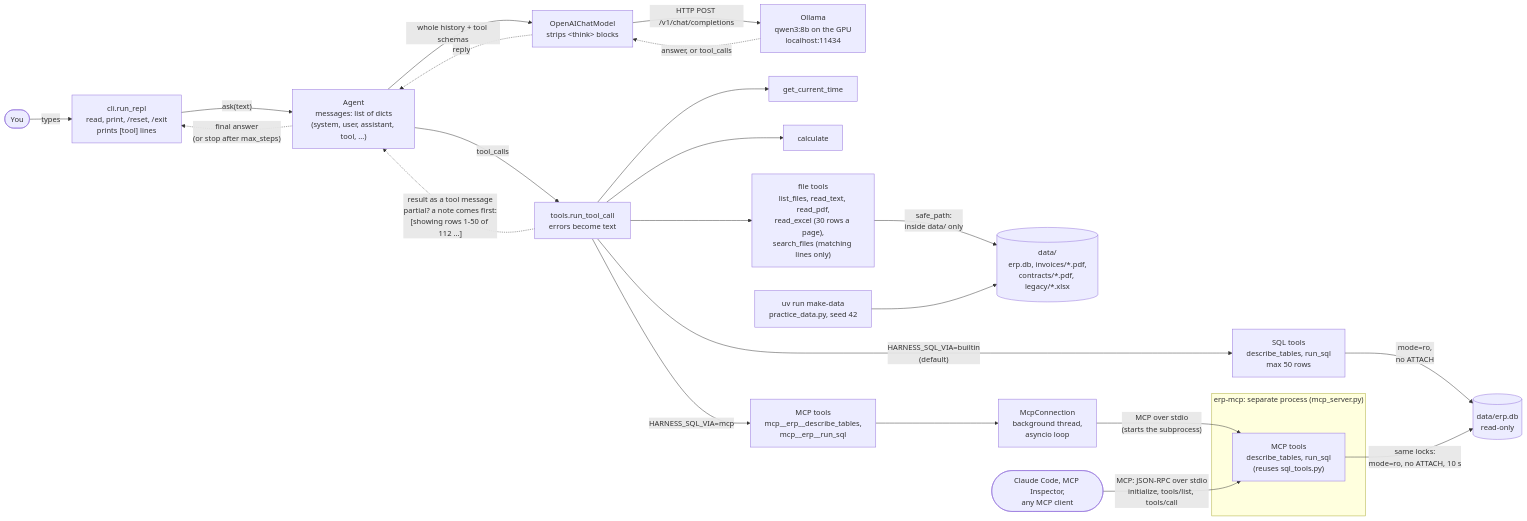
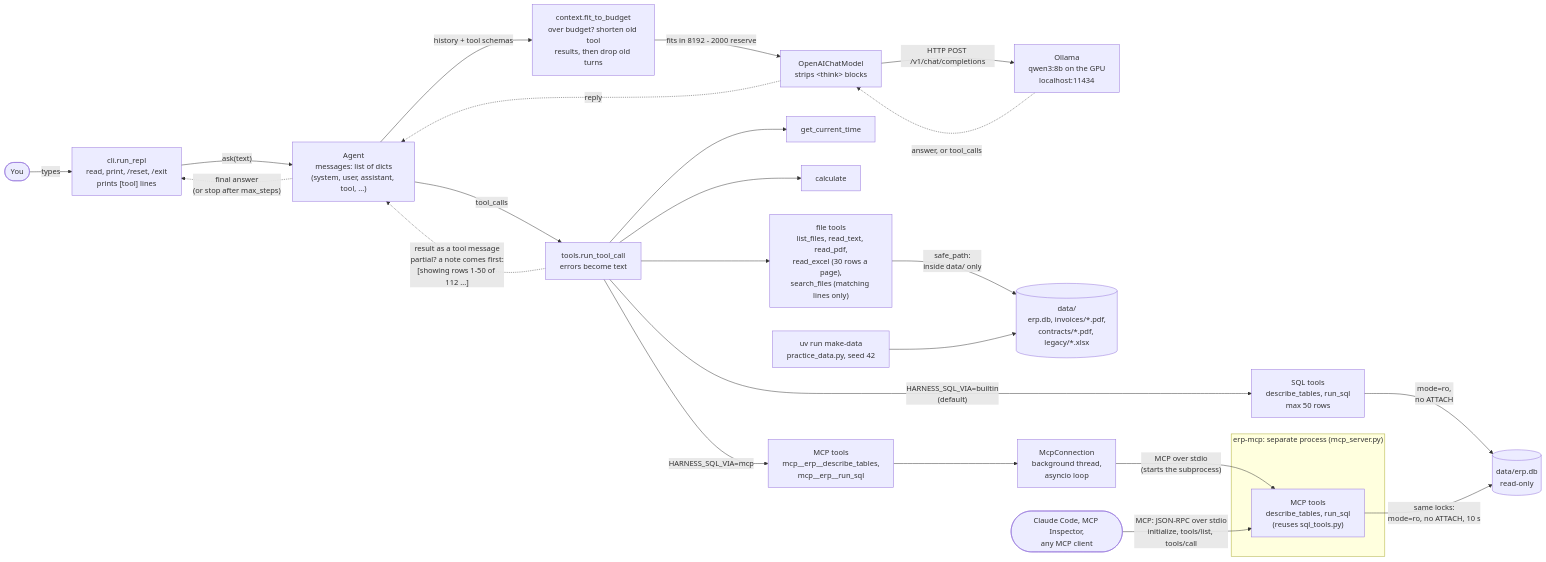
One commit to abilalakin/agent-harness-from-scratch changed the diagram in docs/architecture.md. Above: the diagram before and after it, drawn with Mermaid. The commit also changed other lines of this file and 9 other files, not shown here.

````diff
--- a/docs/architecture.md
+++ b/docs/architecture.md
@@ -5,29 +5,30 @@
 ```mermaid
 flowchart LR
     User([You]) -- types --> CLI["cli.run_repl<br/>read, print, /reset, /exit<br/>prints [tool] lines"]
     CLI -- "ask(text)" --> Agent["Agent<br/>messages: list of dicts<br/>(system, user, assistant, tool, ...)"]
-    Agent -- "whole history + tool schemas" --> Model["OpenAIChatModel<br/>strips &lt;think&gt; blocks"]
+    Agent -- "history + tool schemas" --> Fit["context.fit_to_budget<br/>over budget? shorten old tool<br/>results, then drop old turns"]
+    Fit -- "fits in 8192 - 2000 reserve" --> Model["OpenAIChatModel<br/>strips &lt;think&gt; blocks"]
     Model -- "HTTP POST /v1/chat/completions" --> Ollama["Ollama<br/>qwen3:8b on the GPU<br/>localhost:11434"]
     Ollama -. "answer, or tool_calls" .-> Model
     Model -. reply .-> Agent
     Agent -- "tool_calls" --> Runner["tools.run_tool_call<br/>errors become text"]
     Runner --> T1[get_current_time]
     Runner --> T2[calculate]
     Runner --> FT["file tools<br/>list_files, read_text, read_pdf,<br/>read_excel (30 rows a page),<br/>search_files (matching lines only)"]
     FT -- "safe_path:<br/>inside data/ only" --> Data
     Runner -- "HARNESS_SQL_VIA=builtin<br/>(default)" --> ST["SQL tools<br/>describe_tables, run_sql<br/>max 50 rows"]
     Runner -- "HARNESS_SQL_VIA=mcp" --> MT["MCP tools<br/>mcp__erp__describe_tables,<br/>mcp__erp__run_sql"]
     MT --> Conn["McpConnection<br/>background thread,<br/>asyncio loop"]
     Conn -- "MCP over stdio<br/>(starts the subprocess)" --> McpTools
     ST -- "mode=ro,<br/>no ATTACH" --> DB[("data/erp.db<br/>read-only")]
     Runner -. "result as a tool message<br/>partial? a note comes first:<br/>[showing rows 1-50 of 112 ...]" .-> Agent
     Agent -. "final answer<br/>(or stop after max_steps)" .-> CLI
 
     subgraph ErpMcp["erp-mcp: separate process (mcp_server.py)"]
         McpTools["MCP tools<br/>describe_tables, run_sql<br/>(reuses sql_tools.py)"]
     end
     McpTools -- "same locks:<br/>mode=ro, no ATTACH, 10 s" --> DB
     AnyClient(["Claude Code, MCP Inspector,<br/>any MCP client"]) -- "MCP: JSON-RPC over stdio<br/>initialize, tools/list, tools/call" --> McpTools
 
     MakeData["uv run make-data<br/>practice_data.py, seed 42"] --> Data[("data/<br/>erp.db, invoices/*.pdf,<br/>contracts/*.pdf, legacy/*.xlsx")]
 ```
````
